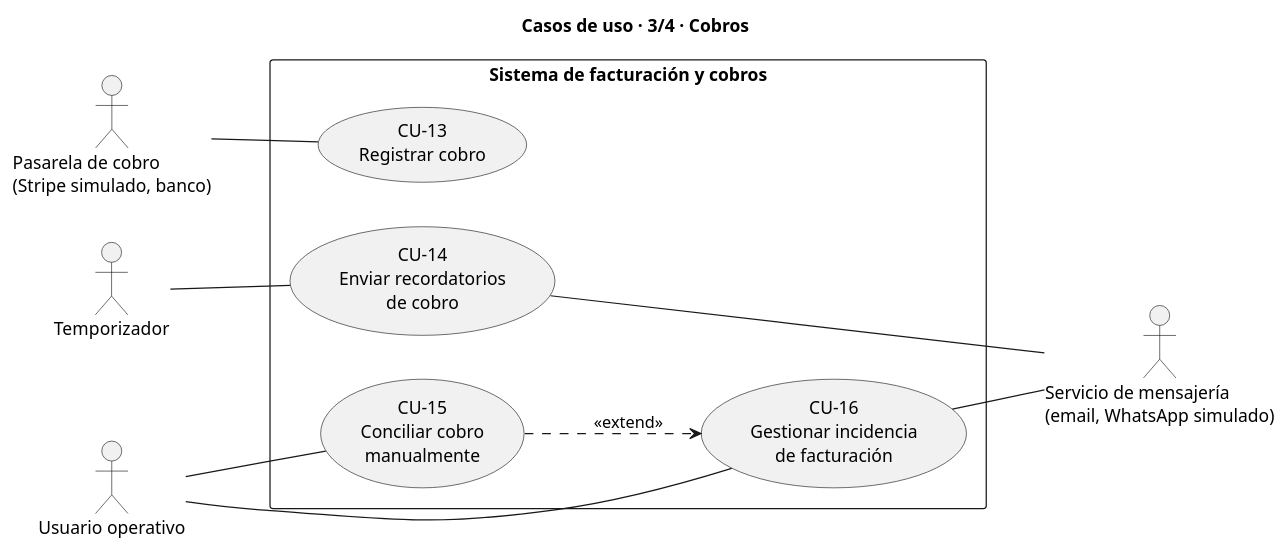
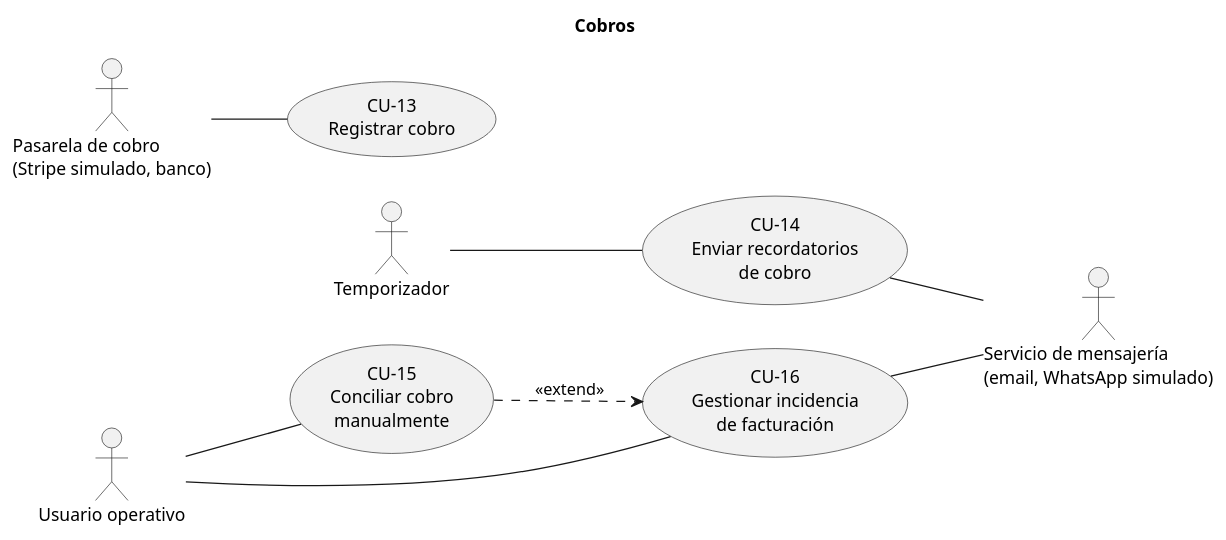
One commit to shadow-251/Trabajo-ADAP changed the diagram in Casos_De_Uso/Casos de uso Jorge/diagramas/diagrama_3_cobros.puml. Above: the diagram before and after it, drawn with PlantUML. The commit also changed 3 other files, not shown here.

Commit message:
Editar diagramas PUML

```diff
--- a/Casos_De_Uso/Casos de uso Jorge/diagramas/diagrama_3_cobros.puml
+++ b/Casos_De_Uso/Casos de uso Jorge/diagramas/diagrama_3_cobros.puml
@@ -1,27 +1,25 @@
 @startuml diagrama_3_cobros
-title Casos de uso · 3/4 · Cobros
+title Cobros
 
 left to right direction
 
 actor "Temporizador" as TMP
 actor "Pasarela de cobro\n(Stripe simulado, banco)" as PAS
 actor "Usuario operativo" as UO
 actor "Servicio de mensajería\n(email, WhatsApp simulado)" as MSG
 
-rectangle "Sistema de facturación y cobros" {
-  usecase "CU-13\nRegistrar cobro" as CU13
-  usecase "CU-14\nEnviar recordatorios\nde cobro" as CU14
-  usecase "CU-15\nConciliar cobro\nmanualmente" as CU15
-  usecase "CU-16\nGestionar incidencia\nde facturación" as CU16
-}
+usecase "CU-13\nRegistrar cobro" as CU13
+usecase "CU-14\nEnviar recordatorios\nde cobro" as CU14
+usecase "CU-15\nConciliar cobro\nmanualmente" as CU15
+usecase "CU-16\nGestionar incidencia\nde facturación" as CU16
 
 PAS -- CU13
 TMP -- CU14
 CU14 -- MSG
 UO -- CU15
 UO -- CU16
 CU16 -- MSG
 
 CU15 ..> CU16 : <<extend>>
 
 @enduml
```
